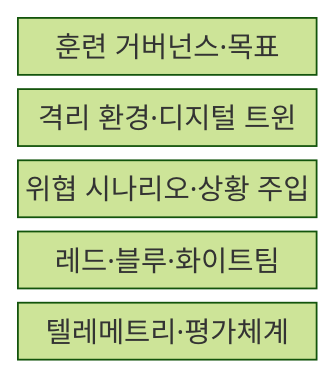
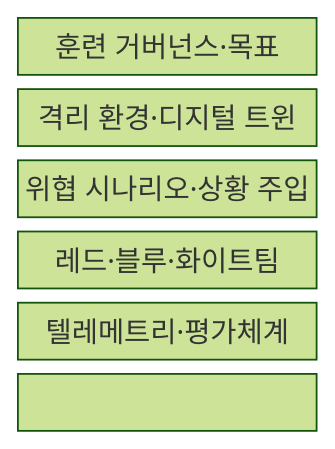
Before and after one commit to agnusdei1207/knowledge-base: the first of 2 diagrams in src/content/docs/notes/05-security/123_cyber_range_training.md, drawn with Mermaid (forest theme). The commit also changed other lines of this file and 151 other files, not shown here.

````diff
--- a/src/content/docs/notes/05-security/123_cyber_range_training.md
+++ b/src/content/docs/notes/05-security/123_cyber_range_training.md
@@ -55,9 +55,11 @@
 ```mermaid
 block-beta
   columns 1
   G["훈련 거버넌스·목표"]
   E["격리 환경·디지털 트윈"]
   S["위협 시나리오·상황 주입"]
   T["레드·블루·화이트팀"]
   M["텔레메트리·평가체계"]
+  G --- E --- S
+  S --- T --- M
 ```
````
